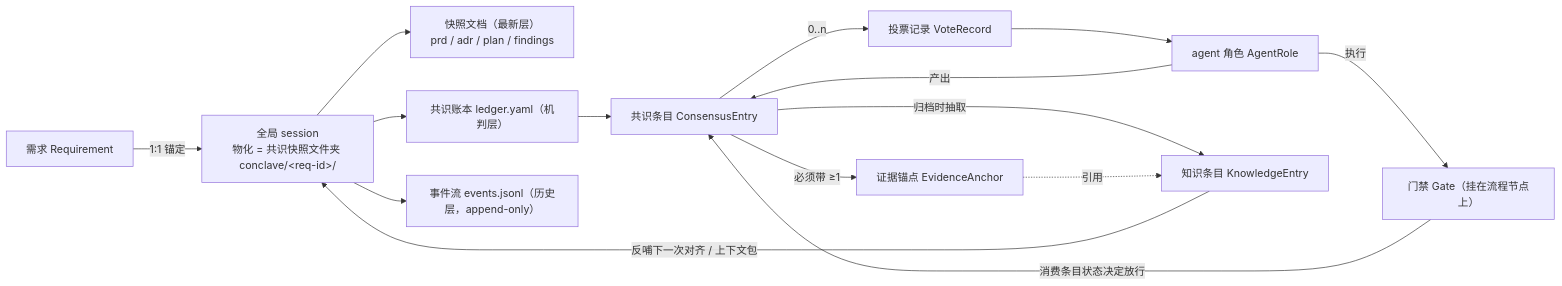
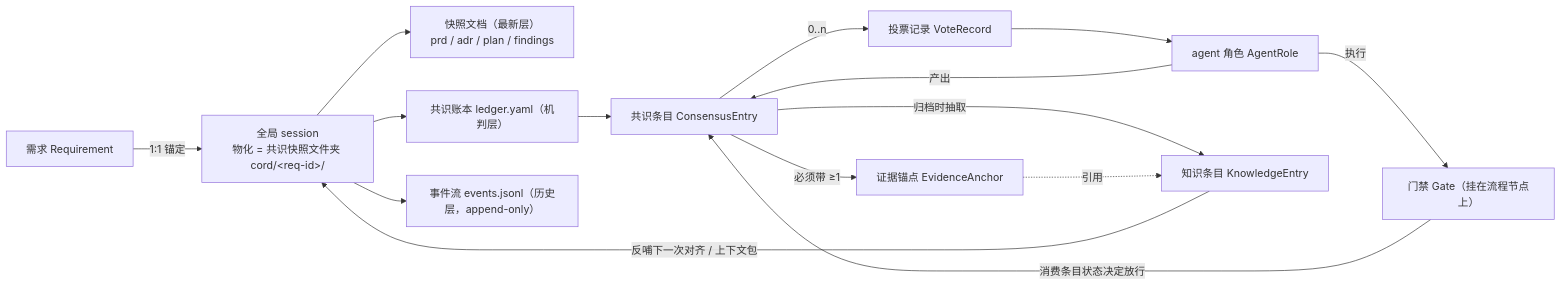
Before and after one commit to monadrome/agent-cord: the diagram in docs/02-requirements.md, drawn with Mermaid. The commit also changed other lines of this file and 16 other files, not shown here.

First line of the commit message:
docs: 项目定名 agent-cord（原提案名 Conclave 降级为投票子系统代号）

````diff
--- a/docs/02-requirements.md
+++ b/docs/02-requirements.md
@@ -245,17 +245,17 @@
 ```mermaid
 flowchart LR
-  REQ["需求 Requirement"] -->|1:1 锚定| SESSION["全局 session<br/>物化 = 共识快照文件夹 conclave/&lt;req-id&gt;/"]
+  REQ["需求 Requirement"] -->|1:1 锚定| SESSION["全局 session<br/>物化 = 共识快照文件夹 cord/&lt;req-id&gt;/"]
   SESSION --> DOC["快照文档（最新层）<br/>prd / adr / plan / findings"]
   SESSION --> LEDGER["共识账本 ledger.yaml（机判层）"]
   SESSION --> EVENTS["事件流 events.jsonl（历史层，append-only）"]
   LEDGER --> ENTRY["共识条目 ConsensusEntry"]
   ENTRY -->|必须带 ≥1| ANCHOR["证据锚点 EvidenceAnchor"]
   ENTRY -->|0..n| VOTE["投票记录 VoteRecord"]
   VOTE --> ROLE["agent 角色 AgentRole"]
   ROLE -->|产出| ENTRY
   GATE["门禁 Gate（挂在流程节点上）"] -->|消费条目状态决定放行| ENTRY
   ROLE -->|执行| GATE
   ENTRY -->|归档时抽取| KB["知识条目 KnowledgeEntry"]
   ANCHOR -.->|引用| KB
   KB -->|反哺下一次对齐 / 上下文包| SESSION
 ```
````
